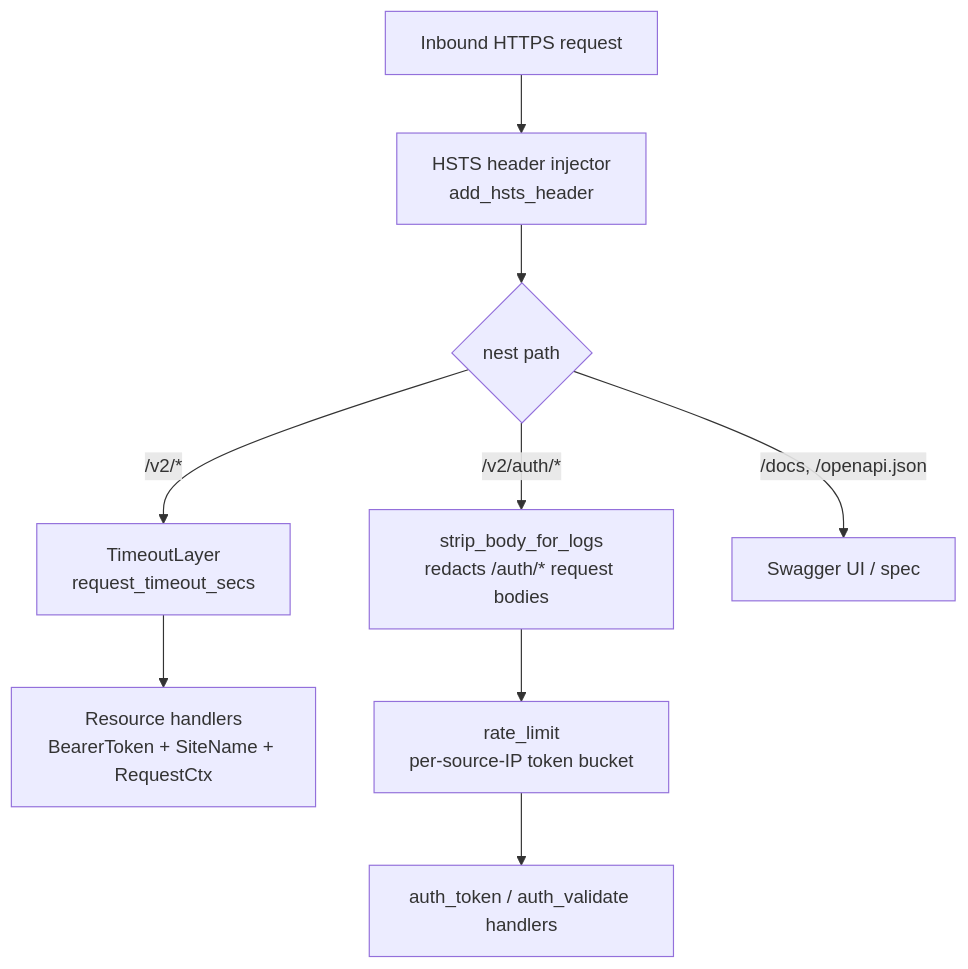
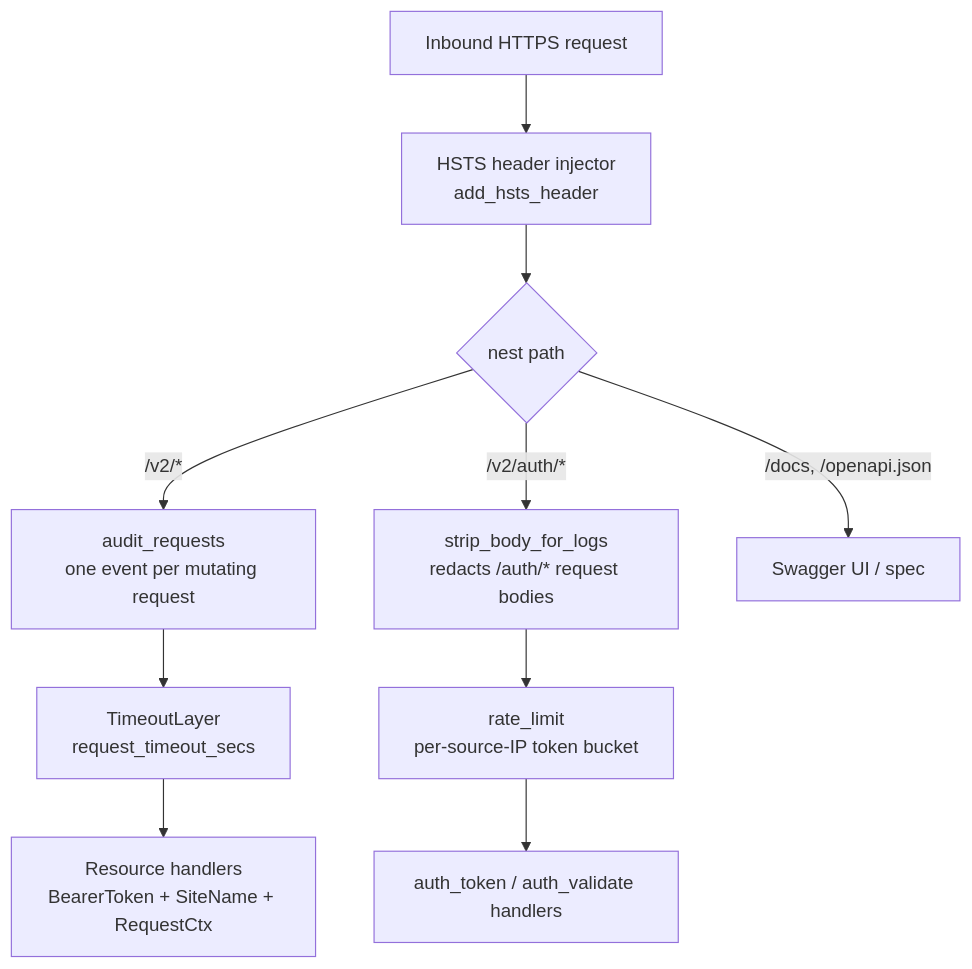
One commit to eth-cscs/manta changed the third of 3 diagrams in ARCHITECTURE.md. Above: the diagram before and after it, drawn with Mermaid. The commit also changed other lines of this file and 8 other files, not shown here.

````diff
--- a/ARCHITECTURE.md
+++ b/ARCHITECTURE.md
@@ -337,14 +338,15 @@
 ```mermaid
 flowchart TD
     Req[Inbound HTTPS request] --> HSTS[HSTS header injector<br/>add_hsts_header]
     HSTS --> Split{nest path}
 
-    Split -->|/v2/*| Tmo[TimeoutLayer<br/>request_timeout_secs]
+    Split -->|/v2/*| Aud[audit_requests<br/>one event per mutating request]
+    Aud --> Tmo[TimeoutLayer<br/>request_timeout_secs]
     Tmo --> Hdlr[Resource handlers<br/>BearerToken + SiteName + RequestCtx]
 
     Split -->|/v2/auth/*| StripBody[strip_body_for_logs<br/>redacts /auth/* request bodies]
     StripBody --> RL[rate_limit<br/>per-source-IP token bucket]
     RL --> AuthH[auth_token / auth_validate handlers]
 
     Split -->|/docs, /openapi.json| Swagger[Swagger UI / spec]
 ```
````
